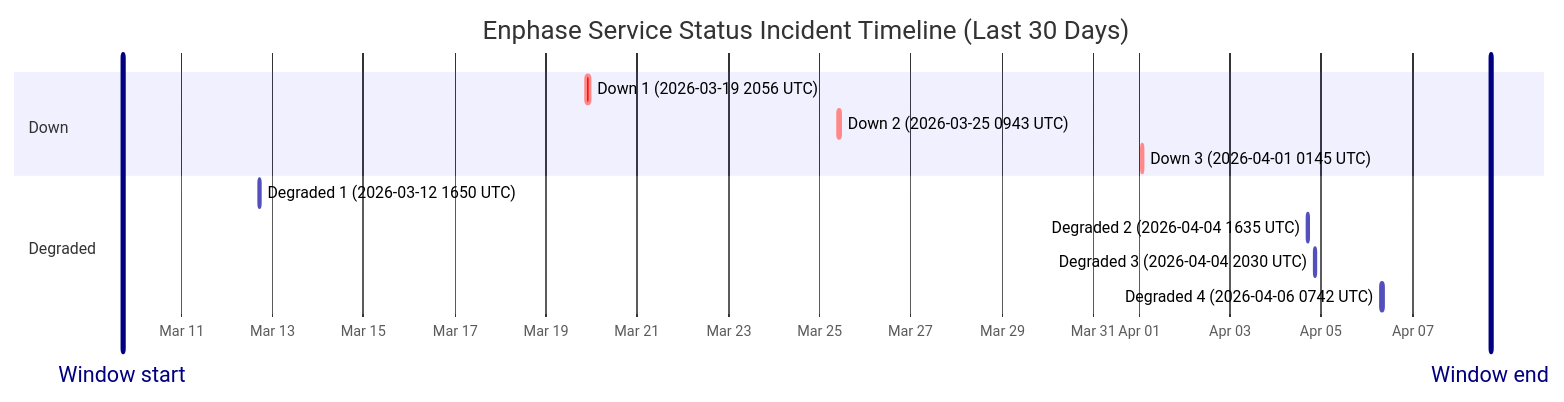
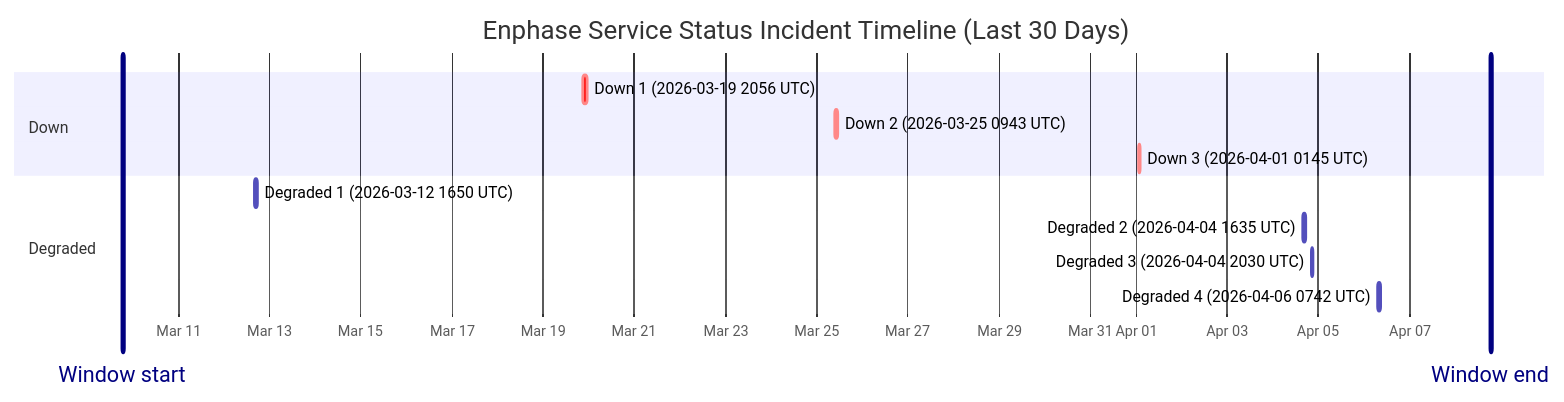
Before and after one commit to barneyonline/ha-enphase-ev-charger: the diagram in wiki/Service-Status-History.md, drawn with Mermaid. The commit also changed other lines of this file and 3 other files, not shown here.

````diff
--- a/wiki/Service-Status-History.md
+++ b/wiki/Service-Status-History.md
@@ -14,17 +14,17 @@
 ```mermaid
 gantt
     title Enphase Service Status Incident Timeline (Last 30 Days)
     dateFormat  YYYY-MM-DDTHH:mm:ss
     axisFormat  %b %d
-    Window start :vert, window-start, 2026-03-09T17:06:47, 0ms
-    Window end :vert, window-end, 2026-04-08T17:06:47, 0ms
+    Window start :vert, window-start, 2026-03-09T18:46:28, 0ms
+    Window end :vert, window-end, 2026-04-08T18:46:28, 0ms
     section Down
     Down 1 (2026-03-19 2056 UTC) :crit, down-1, 2026-03-19T20:56:20, 145m
     Down 2 (2026-03-25 0943 UTC) :crit, down-2, 2026-03-25T09:43:28, 111m
     Down 3 (2026-04-01 0145 UTC) :crit, down-3, 2026-04-01T01:45:09, 60m
     section Degraded
     Degraded 1 (2026-03-12 1650 UTC) :active, degraded-1, 2026-03-12T16:50:43, 60m
     Degraded 2 (2026-04-04 1635 UTC) :active, degraded-2, 2026-04-04T16:35:17, 60m
     Degraded 3 (2026-04-04 2030 UTC) :active, degraded-3, 2026-04-04T20:30:40, 60m
     Degraded 4 (2026-04-06 0742 UTC) :active, degraded-4, 2026-04-06T07:42:09, 85m
 ```
````
